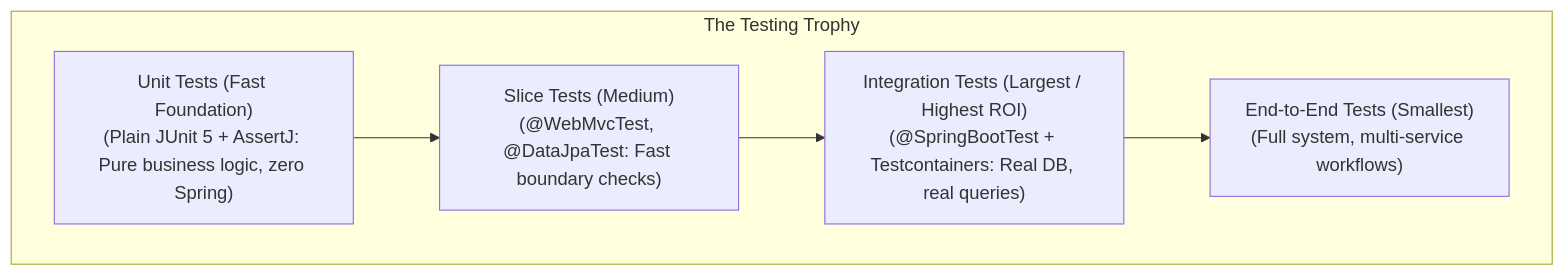
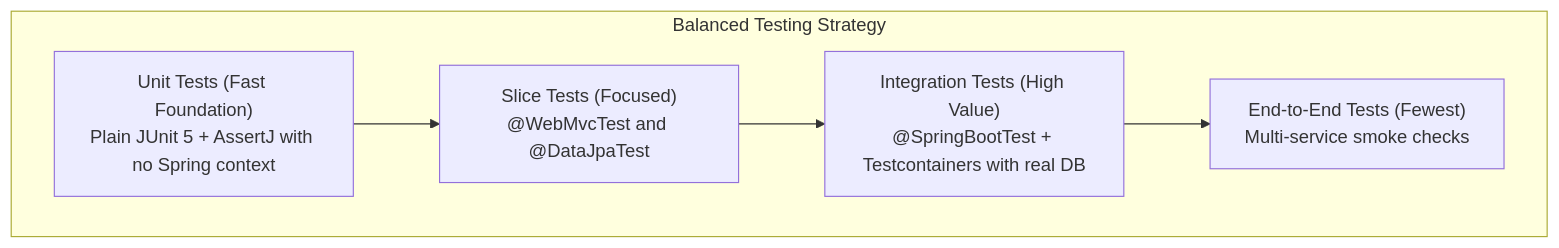
The first of 3 diagrams in content/roadmap/level-8/automated-testing.md (ravishankar2463/java_hub), drawn with Mermaid before and after one commit. The commit also changed other lines of this file and 119 other files, not shown here.

Commit message:
feat: add comprehensive java learning roadmap content across multiple levels

````diff
--- a/content/roadmap/level-8/automated-testing.md
+++ b/content/roadmap/level-8/automated-testing.md
@@ -20,17 +16,13 @@
 ```mermaid
 flowchart TD
-    subgraph Trophy ["The Testing Trophy"]
-        E2E["End-to-End Tests (Smallest)
-(Full system, multi-service workflows)"]
-        Integration["Integration Tests (Largest / Highest ROI)
-(@SpringBootTest + Testcontainers: Real DB, real queries)"]
-        Slice["Slice Tests (Medium)
-(@WebMvcTest, @DataJpaTest: Fast boundary checks)"]
-        Unit["Unit Tests (Fast Foundation)
-(Plain JUnit 5 + AssertJ: Pure business logic, zero Spring)"]
+    subgraph Trophy["Balanced Testing Strategy"]
+        E2E["End-to-End Tests (Fewest)<br/>Multi-service smoke checks"]
+        Integration["Integration Tests (High Value)<br/>@SpringBootTest + Testcontainers with real DB"]
+        Slice["Slice Tests (Focused)<br/>@WebMvcTest and @DataJpaTest"]
+        Unit["Unit Tests (Fast Foundation)<br/>Plain JUnit 5 + AssertJ with no Spring context"]
     end
 
     Unit --> Slice
     Slice --> Integration
     Integration --> E2E
 ```
````
